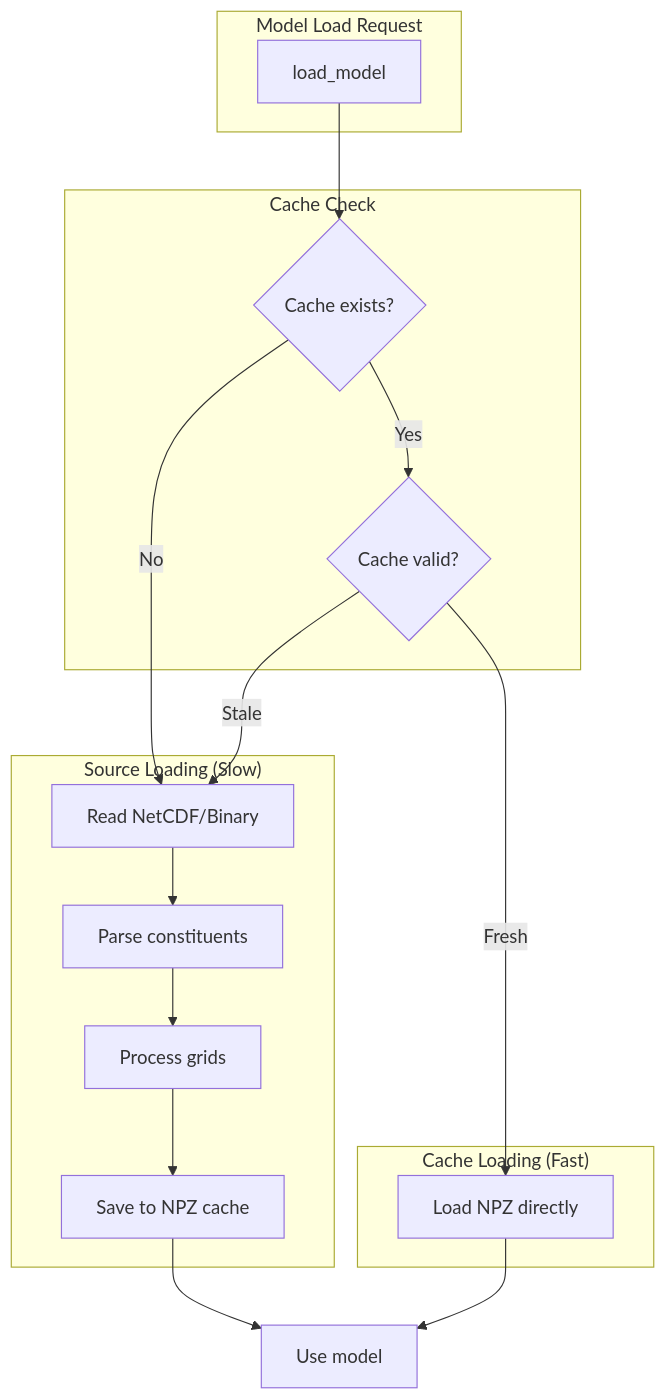
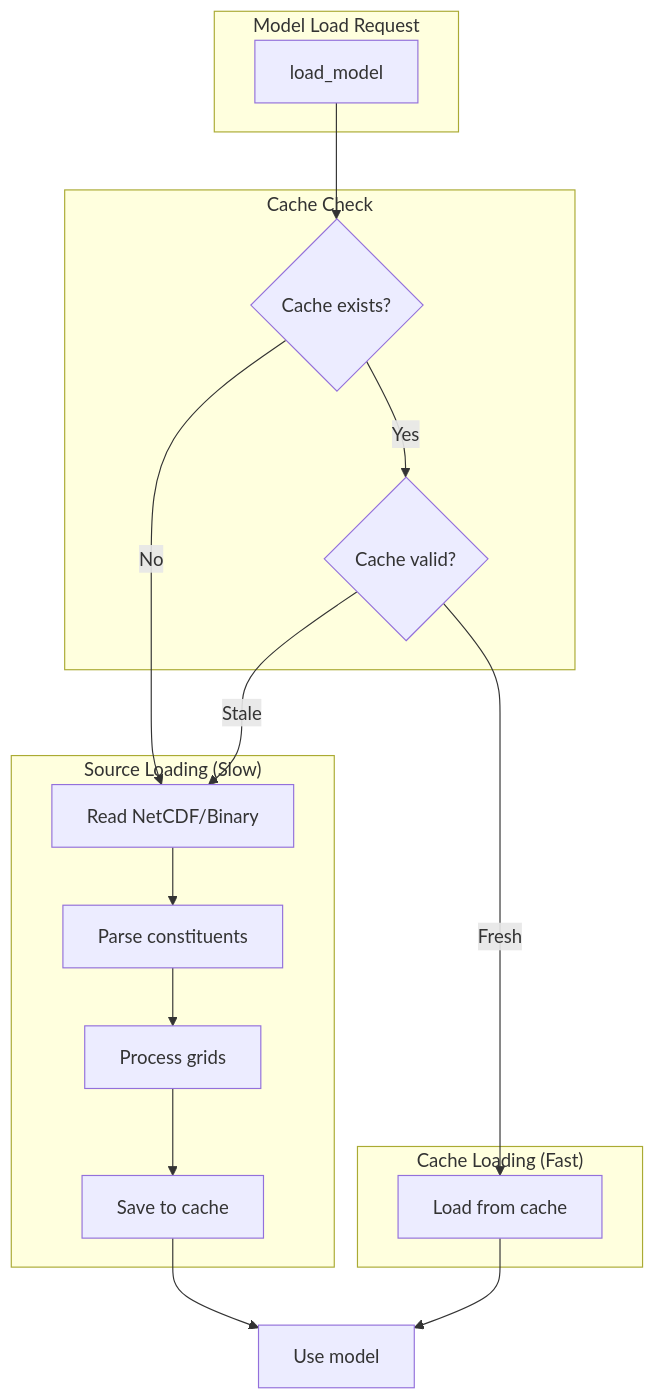
One commit to tkykszk/pyTMD_turbo changed the first of 6 diagrams in docs/cache.md. Above: the diagram before and after it, drawn with Mermaid. The commit also changed other lines of this file and 47 other files, not shown here.

````diff
--- a/docs/cache.md
+++ b/docs/cache.md
@@ -14,31 +14,31 @@
 ```mermaid
 flowchart TB
     subgraph Load["Model Load Request"]
         REQ[load_model]
     end
 
     subgraph Check["Cache Check"]
         EX{Cache exists?}
         VAL{Cache valid?}
     end
 
     subgraph Source["Source Loading (Slow)"]
         NC[Read NetCDF/Binary]
         PA[Parse constituents]
         PR[Process grids]
-        SA[Save to NPZ cache]
+        SA[Save to cache]
     end
 
     subgraph Cache["Cache Loading (Fast)"]
-        LO[Load NPZ directly]
+        LO[Load from cache]
     end
 
     REQ --> EX
     EX -->|No| NC
     EX -->|Yes| VAL
     VAL -->|Stale| NC
     VAL -->|Fresh| LO
 
     NC --> PA --> PR --> SA --> USE[Use model]
     LO --> USE
 ```
````
